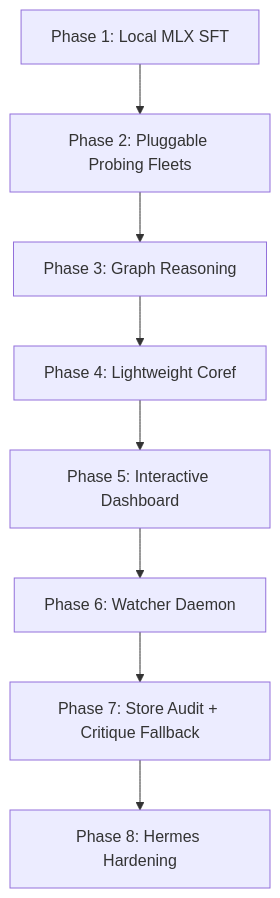
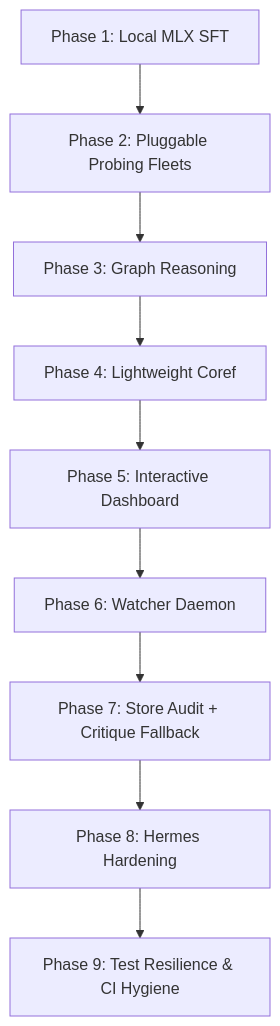
The diagram in IMPROVEMENT_MASTER_PLAN.md (nelslindahlx/knowledge-reduce-core), drawn with Mermaid before and after one commit. The commit also changed other lines of this file, not shown here.

Commit message:
docs: add Phase 9 test resilience and CI hygiene to master plan

````diff
--- a/IMPROVEMENT_MASTER_PLAN.md
+++ b/IMPROVEMENT_MASTER_PLAN.md
@@ -46,10 +46,11 @@
 ```mermaid
 graph TD
     M1[Phase 1: Local MLX SFT] --> M2[Phase 2: Pluggable Probing Fleets]
     M2 --> M3[Phase 3: Graph Reasoning]
     M3 --> M4[Phase 4: Lightweight Coref]
     M4 --> M5[Phase 5: Interactive Dashboard]
     M5 --> M6[Phase 6: Watcher Daemon]
     M6 --> M7[Phase 7: Store Audit + Critique Fallback]
     M7 --> M8[Phase 8: Hermes Hardening]
+    M8 --> M9[Phase 9: Test Resilience & CI Hygiene]
 ```
````
